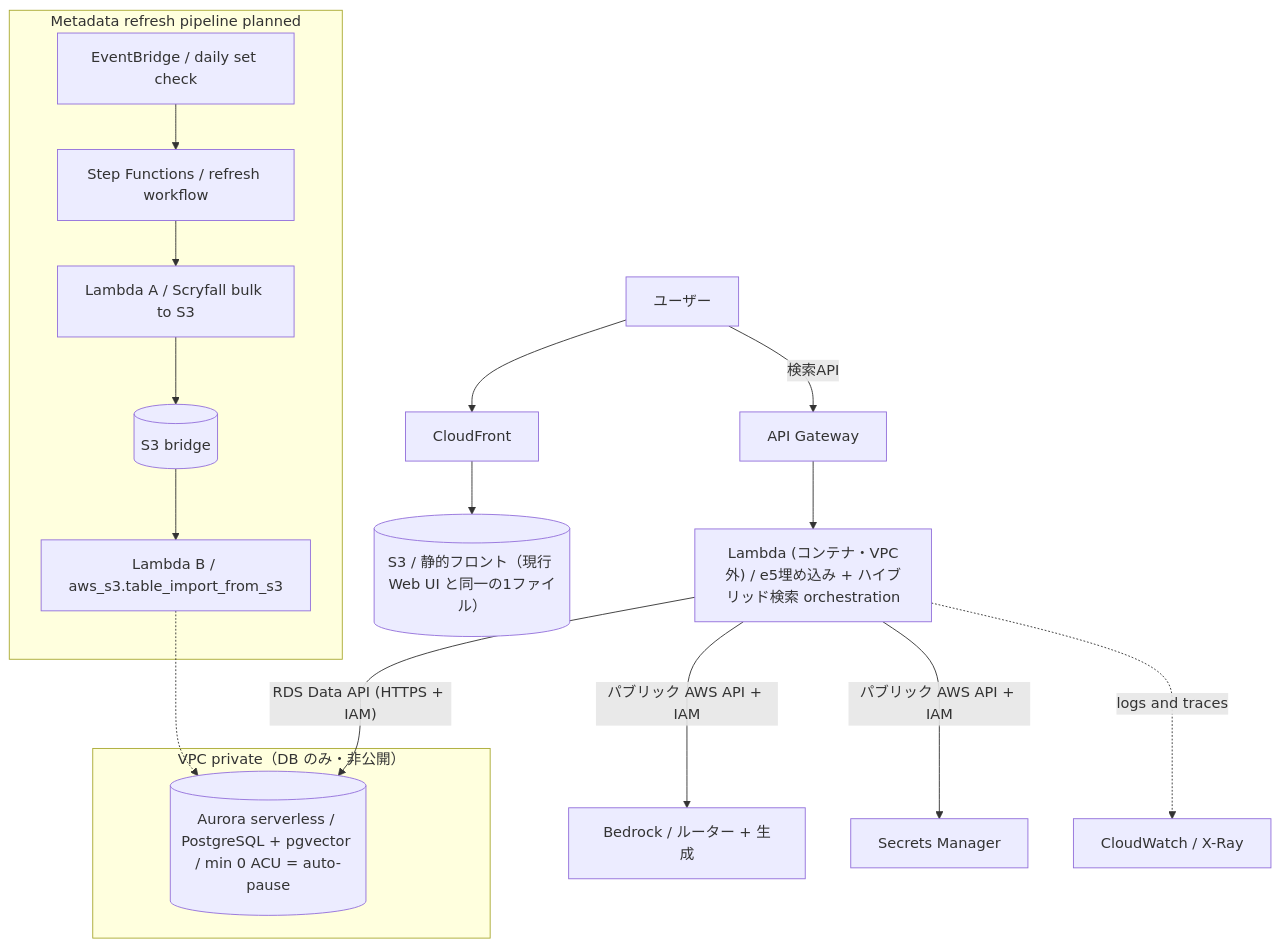
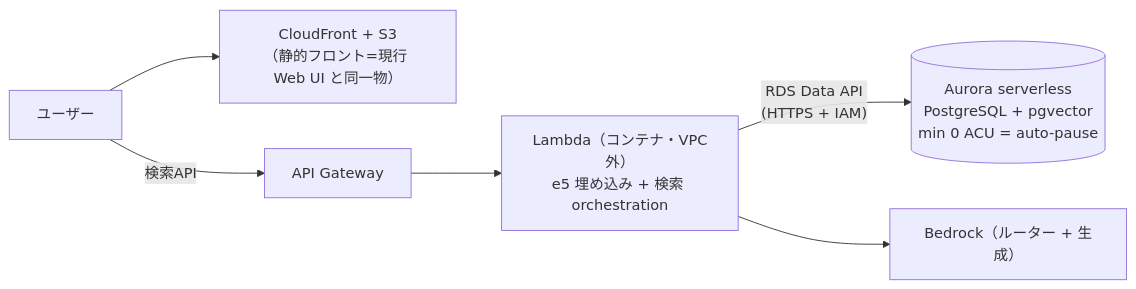
One commit to Sakaihashizo/mtg-rag changed the diagram in README.md. Above: the diagram before and after it, drawn with Mermaid. The commit also changed other lines of this file and 2 other files, not shown here.

First line of the commit message:
Restructure docs: slim README + ARCHITECTURE.md + DEVLOG.md

````diff
--- a/README.md
+++ b/README.md
@@ -199,22 +46,8 @@
 ```mermaid
-flowchart TB
-    user["ユーザー"] --> cf["CloudFront"]
-    cf --> s3f[("S3 / 静的フロント（現行 Web UI と同一の1ファイル）")]
+flowchart LR
+    user["ユーザー"] --> cf["CloudFront + S3<br>（静的フロント=現行 Web UI と同一物）"]
     user -->|検索API| apigw["API Gateway"]
-    apigw --> lam["Lambda (コンテナ・VPC外) / e5埋め込み + ハイブリッド検索 orchestration"]
-    subgraph vpc [VPC private（DB のみ・非公開）]
-        aurora[("Aurora serverless / PostgreSQL + pgvector / min 0 ACU = auto-pause")]
-    end
-    lam -->|"RDS Data API (HTTPS + IAM)"| aurora
-    lam -->|パブリック AWS API + IAM| bedrock["Bedrock / ルーター + 生成"]
-    lam -->|パブリック AWS API + IAM| secrets["Secrets Manager"]
-    lam -. logs and traces .-> cw["CloudWatch / X-Ray"]
-
-    subgraph refresh [Metadata refresh pipeline planned]
-        eb["EventBridge / daily set check"] --> sfn["Step Functions / refresh workflow"]
-        sfn --> lamA["Lambda A / Scryfall bulk to S3"]
-        lamA --> s3b[("S3 bridge")]
-        s3b --> lamB["Lambda B / aws_s3.table_import_from_s3"]
-    end
-    lamB -.-> aurora
+    apigw --> lam["Lambda（コンテナ・VPC外）<br>e5 埋め込み + 検索 orchestration"]
+    lam -->|"RDS Data API<br>(HTTPS + IAM)"| aurora[("Aurora serverless<br>PostgreSQL + pgvector<br>min 0 ACU = auto-pause")]
+    lam --> bedrock["Bedrock（ルーター + 生成）"]
 ```
````
